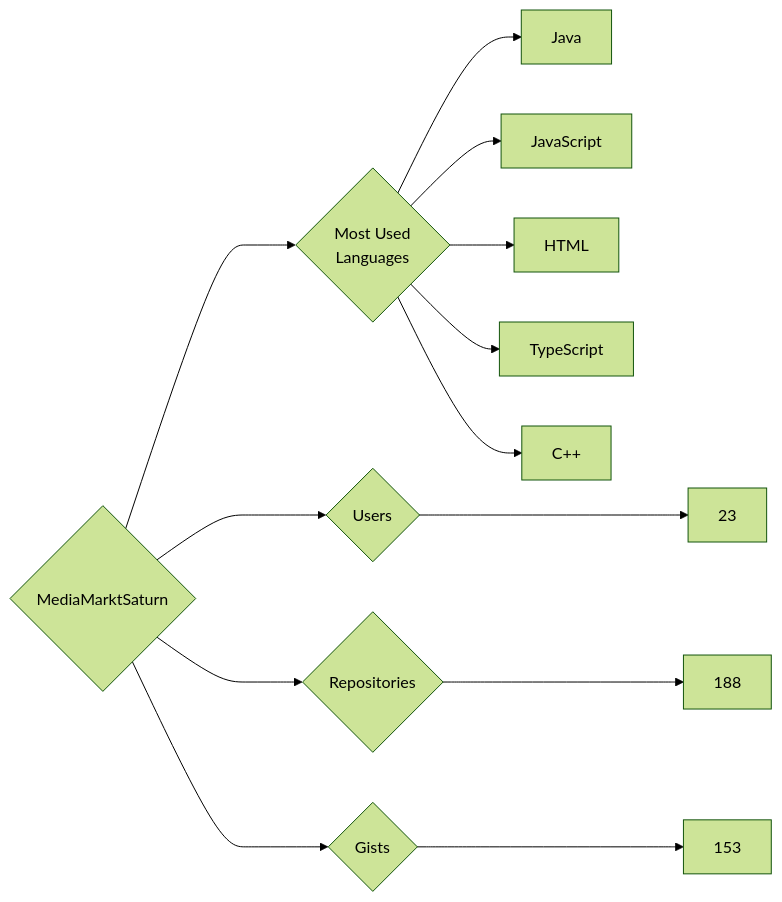
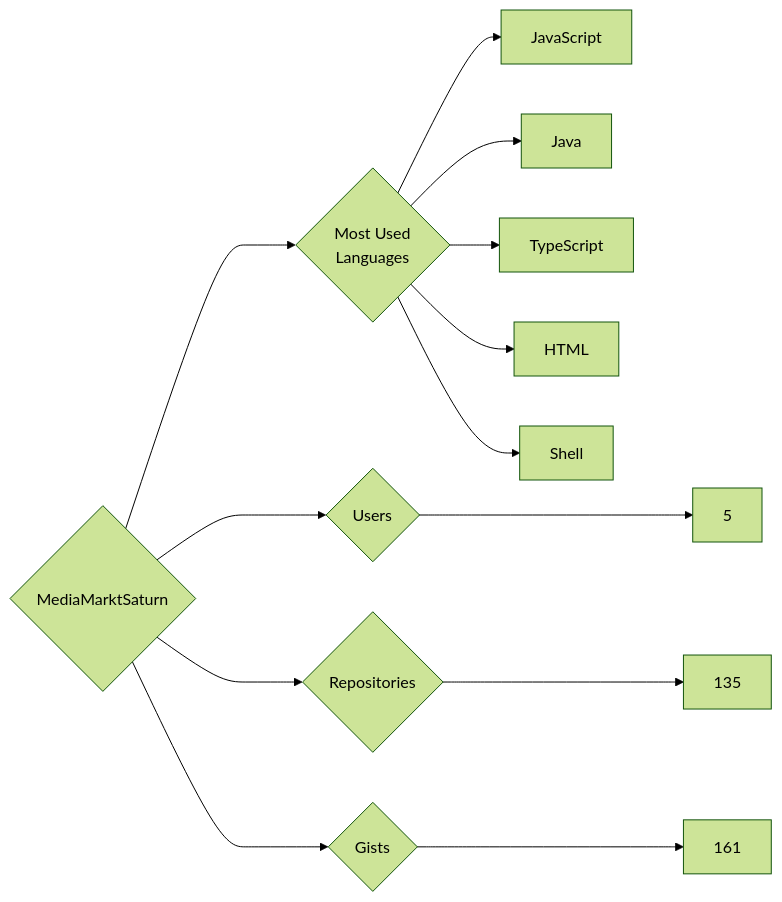
One commit to trickest/insiders changed the diagram in targets/MediaMarktSaturn/README.md. Above: the diagram before and after it, drawn with Mermaid (forest theme). The commit also changed 851 other files, not shown here.

````diff
--- a/targets/MediaMarktSaturn/README.md
+++ b/targets/MediaMarktSaturn/README.md
@@ -3,13 +3,13 @@
 ```mermaid
 graph LR
 COMPANY_NAME{MediaMarktSaturn}
-COMPANY_NAME ---> U{Users} ---> UN[23]
-COMPANY_NAME ---> R{Repositories} ---> RN[188]
-COMPANY_NAME ---> G{Gists} ---> GN[153]
+COMPANY_NAME ---> U{Users} ---> UN[5]
+COMPANY_NAME ---> R{Repositories} ---> RN[135]
+COMPANY_NAME ---> G{Gists} ---> GN[161]
 COMPANY_NAME ---> ML{Most Used<br>Languages}
+ML --> JavaScript[JavaScript]
 ML --> Java[Java]
-ML --> JavaScript[JavaScript]
+ML --> TypeScript[TypeScript]
 ML --> HTML[HTML]
-ML --> TypeScript[TypeScript]
-ML --> C++[C++]
+ML --> Shell[Shell]
 ```
````
